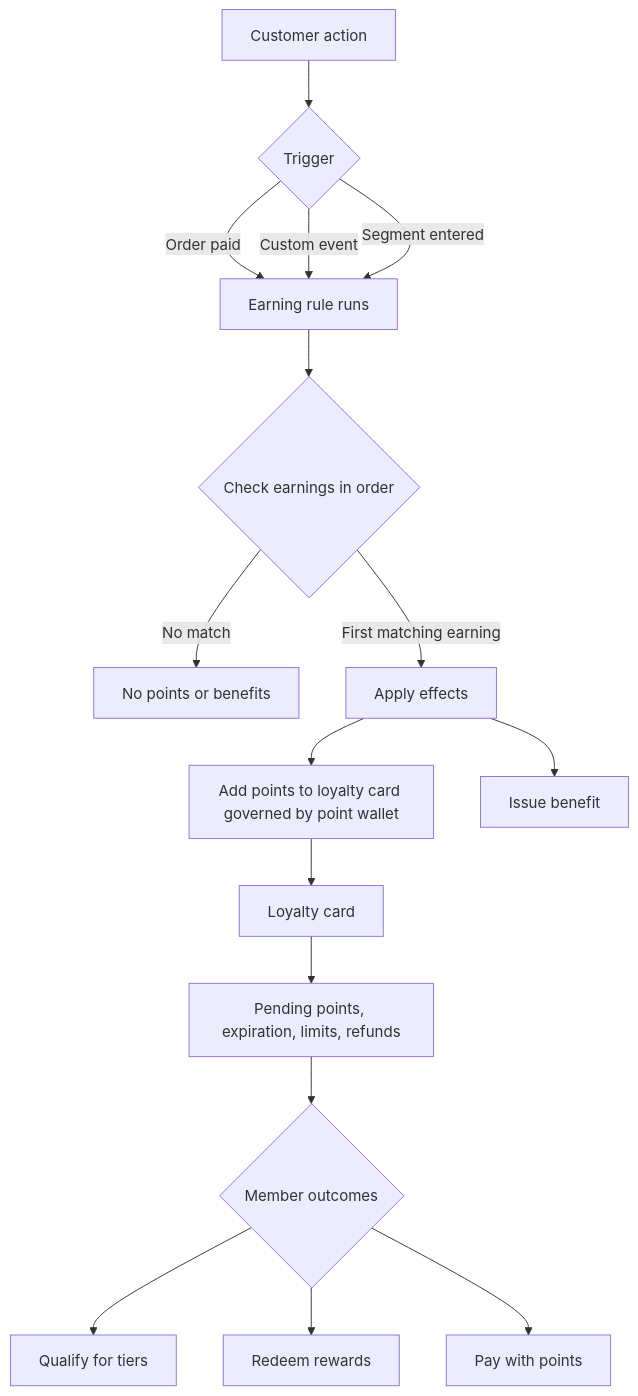
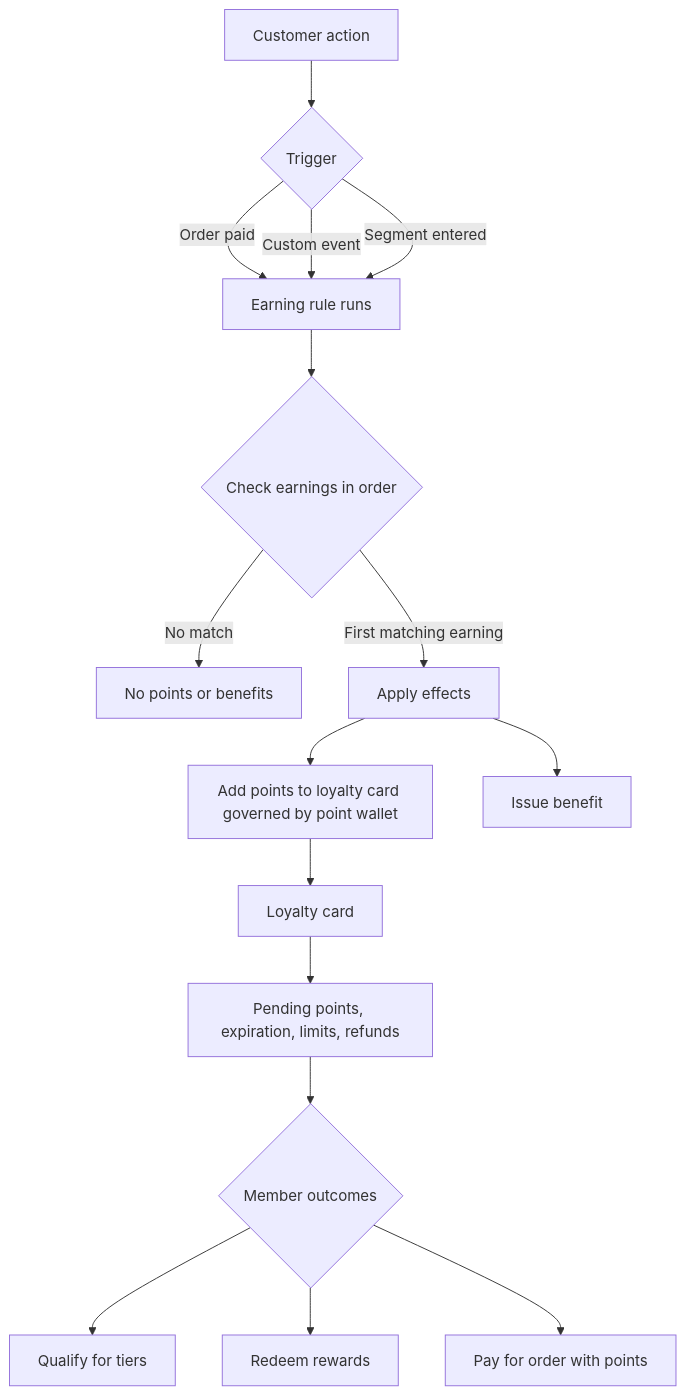
The diagram in documentation/build/loyalty-key-concepts.mdx (voucherifyio/voucherify-openapi), drawn with Mermaid before and after one commit. The commit also changed 11 other files, not shown here.

````diff
--- a/documentation/build/loyalty-key-concepts.mdx
+++ b/documentation/build/loyalty-key-concepts.mdx
@@ -266,18 +266,18 @@
 ```mermaid
 flowchart TD
     A[Customer action] --> B{Trigger}
     B -->|Order paid| C[Earning rule runs]
     B -->|Custom event| C
     B -->|Segment entered| C
     C --> D{Check earnings in order}
     D -->|No match| E[No points or benefits]
     D -->|First matching earning| F[Apply effects]
     F --> G[Add points to loyalty card governed by point wallet]
     F --> H[Issue benefit]
     G --> I[Loyalty card]
     I --> J[Pending points, expiration, limits, refunds]
     J --> K{Member outcomes}
     K --> L[Qualify for tiers]
     K --> M[Redeem rewards]
-    K --> N[Pay with points]
+    K --> N[Pay for order with points]
 ```
````
